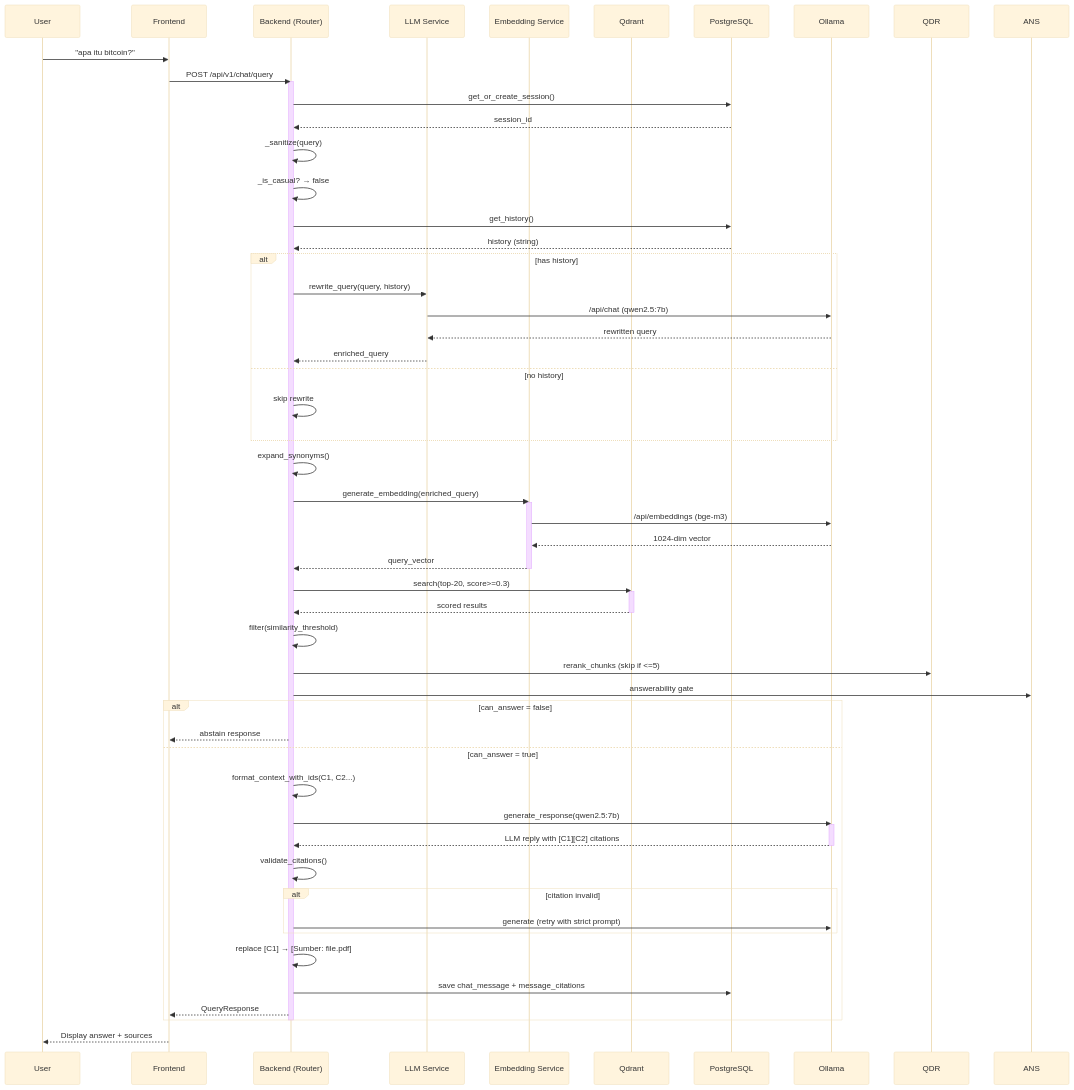
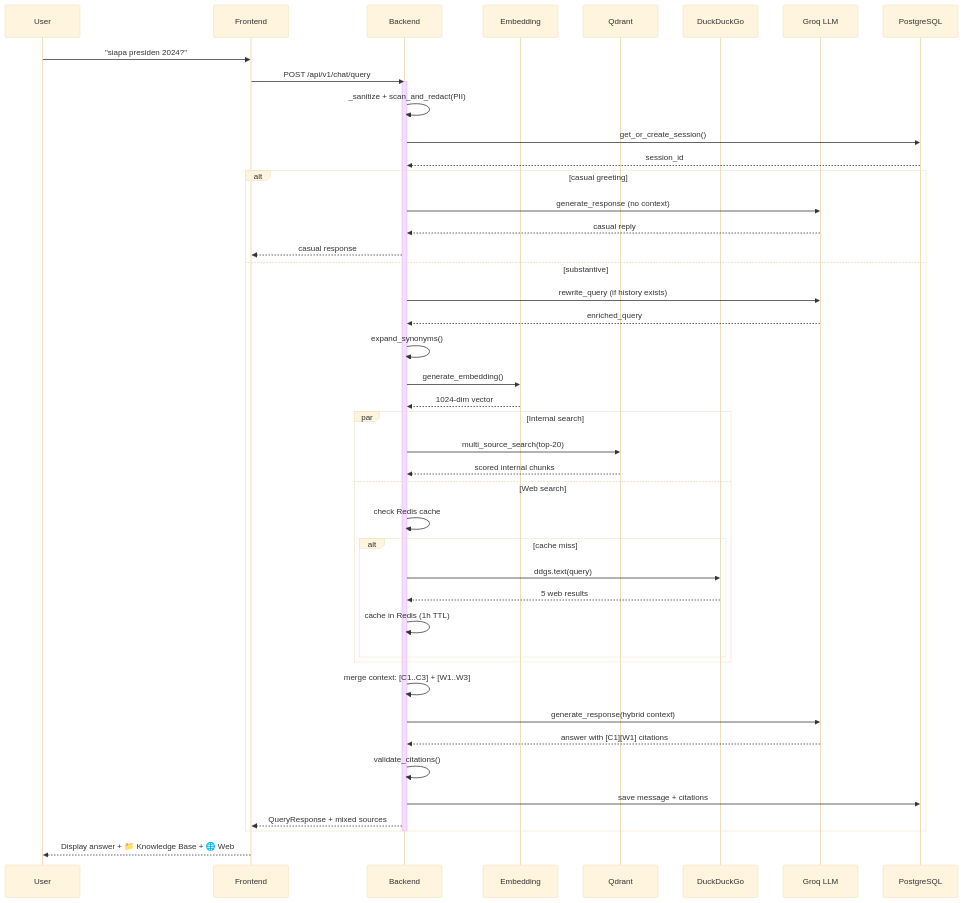
One commit to zidanbrilliant/chatbot-rag changed the fifth of 8 diagrams in README.md. Above: the diagram before and after it, drawn with Mermaid (base theme). The commit also changed other lines of this file, not shown here.

Commit message:
docs: update README and AGENTS.md with hybrid search architecture

````diff
--- a/README.md
+++ b/README.md
@@ -381,74 +226,54 @@
 ```mermaid
 sequenceDiagram
     participant User
     participant FE as Frontend
-    participant BE as Backend (Router)
-    participant LLM as LLM Service
-    participant EMB as Embedding Service
+    participant BE as Backend
+    participant EMB as Embedding
     participant QD as Qdrant
+    participant WWW as DuckDuckGo
+    participant GR as Groq LLM
     participant DB as PostgreSQL
-    participant OLL as Ollama
 
-    User->>FE: "apa itu bitcoin?"
+    User->>FE: "siapa presiden 2024?"
     FE->>BE: POST /api/v1/chat/query
     activate BE
 
+    BE->>BE: _sanitize + scan_and_redact(PII)
     BE->>DB: get_or_create_session()
     DB-->>BE: session_id
 
-    BE->>BE: _sanitize(query)
-    BE->>BE: _is_casual? → false
+    alt casual greeting
+        BE->>GR: generate_response (no context)
+        GR-->>BE: casual reply
+        BE-->>FE: casual response
+    else substantive
+        BE->>GR: rewrite_query (if history exists)
+        GR-->>BE: enriched_query
+        BE->>BE: expand_synonyms()
+        BE->>EMB: generate_embedding()
+        EMB-->>BE: 1024-dim vector
 
-    BE->>DB: get_history()
-    DB-->>BE: history (string)
+        par Internal search
+            BE->>QD: multi_source_search(top-20)
+            QD-->>BE: scored internal chunks
+        and Web search
+            BE->>BE: check Redis cache
+            alt cache miss
+                BE->>WWW: ddgs.text(query)
+                WWW-->>BE: 5 web results
+                BE->>BE: cache in Redis (1h TTL)
+            end
+        end
 
-    alt has history
-        BE->>LLM: rewrite_query(query, history)
-        LLM->>OLL: /api/chat (qwen2.5:7b)
-        OLL-->>LLM: rewritten query
-        LLM-->>BE: enriched_query
-    else no history
-        BE->>BE: skip rewrite
-    end
-
-    BE->>BE: expand_synonyms()
-
-    BE->>EMB: generate_embedding(enriched_query)
-    activate EMB
-    EMB->>OLL: /api/embeddings (bge-m3)
-    OLL-->>EMB: 1024-dim vector
-    EMB-->>BE: query_vector
-    deactivate EMB
-
-    BE->>QD: search(top-20, score>=0.3)
-    activate QD
-    QD-->>BE: scored results
-    deactivate QD
-
-    BE->>BE: filter(similarity_threshold)
-    BE->>QDR: rerank_chunks (skip if <=5)
-    BE->>ANS: answerability gate
-
-    alt can_answer = false
-        BE-->>FE: abstain response
-    else can_answer = true
-        BE->>BE: format_context_with_ids(C1, C2...)
-        BE->>OLL: generate_response(qwen2.5:7b)
-        activate OLL
-        OLL-->>BE: LLM reply with [C1][C2] citations
-        deactivate OLL
+        BE->>BE: merge context: [C1..C3] + [W1..W3]
+        BE->>GR: generate_response(hybrid context)
+        GR-->>BE: answer with [C1][W1] citations
 
         BE->>BE: validate_citations()
-        alt citation invalid
-            BE->>OLL: generate (retry with strict prompt)
-        end
-
-        BE->>BE: replace [C1] → [Sumber: file.pdf]
-        BE->>DB: save chat_message + message_citations
-
-        BE-->>FE: QueryResponse
+        BE->>DB: save message + citations
+        BE-->>FE: QueryResponse + mixed sources
     end
 
     deactivate BE
-    FE-->>User: Display answer + sources
+    FE-->>User: Display answer + 📁 Knowledge Base + 🌐 Web
 ```
````
